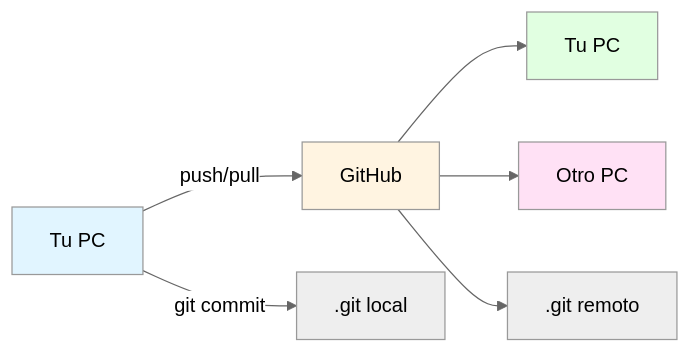
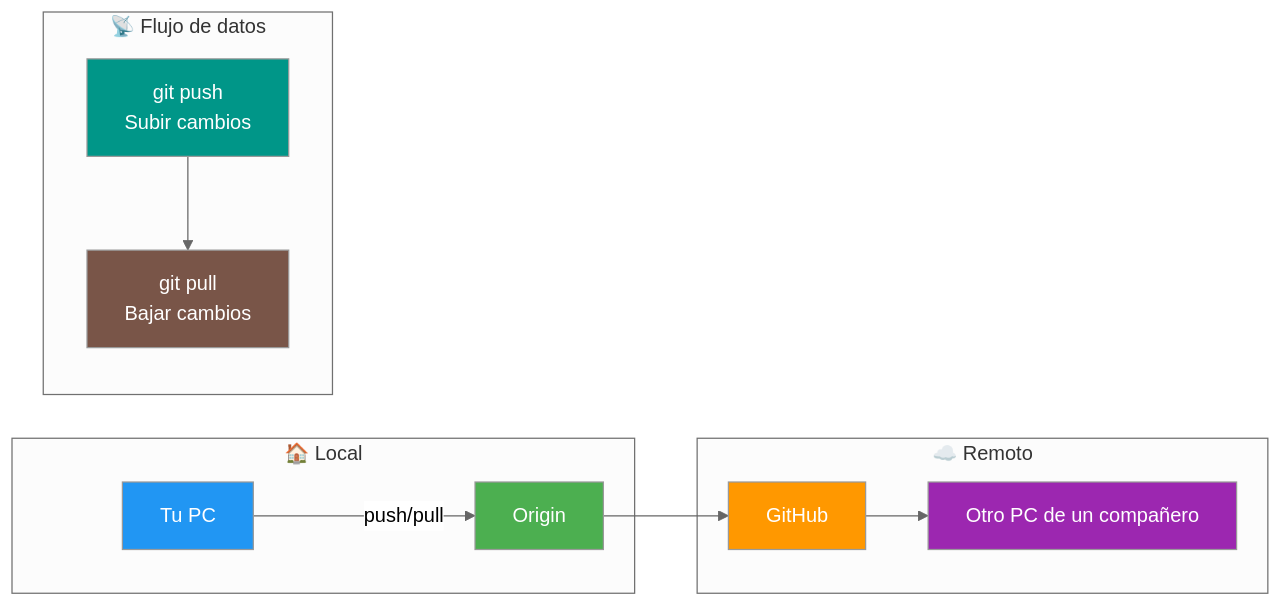
Before and after one commit to joseluisgs/EntornosDesarrollo-03-2026-2027: the second of 5 diagrams in 03-git-remoto.md, drawn with Mermaid (neutral theme). The commit also changed other lines of this file and 5 other files, not shown here.

````diff
--- a/03-git-remoto.md
+++ b/03-git-remoto.md
@@ -55,14 +120,22 @@
 ```mermaid
 graph LR
-    A[Tu PC] -->|push/pull| B[GitHub]
-    B --> C[Tu PC]
-    B --> D[Otro PC]
-    
-    A -->|git commit| A1[.git local]
-    B --> B1[.git remoto]
-    
-    style A fill:#e1f5ff
-    style B fill:#fff4e1
-    style C fill:#e1ffe1
-    style D fill:#ffe1f5
+    subgraph "🏠 Local"
+        A[Tu PC] -->|push/pull| C[Origin]
+    end
+
+    subgraph "☁️ Remoto"
+        C --> B[GitHub]
+        B --> D[Otro PC de un compañero]
+    end
+
+    subgraph "📡 Flujo de datos"
+        E[git push<br/>Subir cambios] --> F[git pull<br/>Bajar cambios]
+    end
+
+    style A fill:#2196F3,color:#fff
+    style B fill:#FF9800,color:#fff
+    style C fill:#4CAF50,color:#fff
+    style D fill:#9C27B0,color:#fff
+    style E fill:#009688,color:#fff
+    style F fill:#795548,color:#fff
 ```
````
